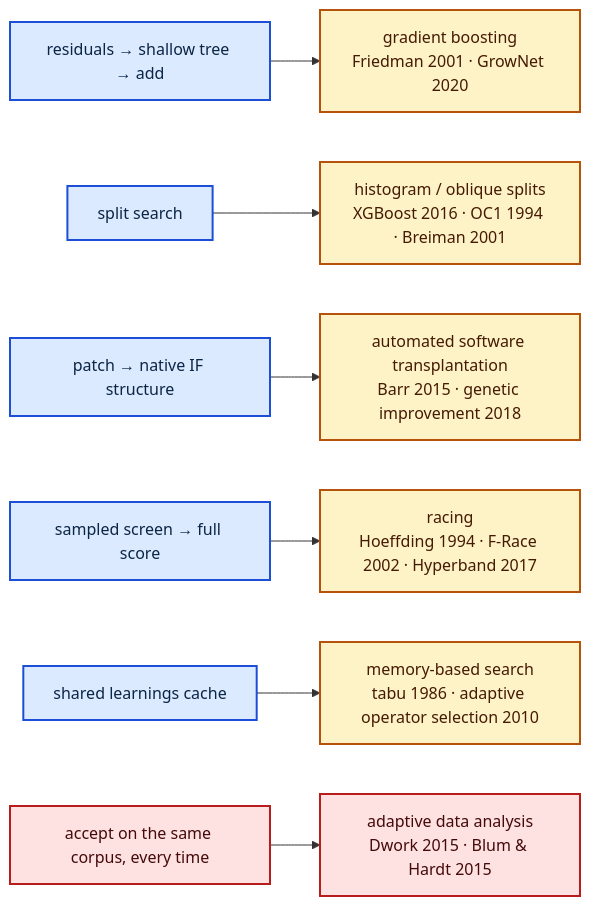
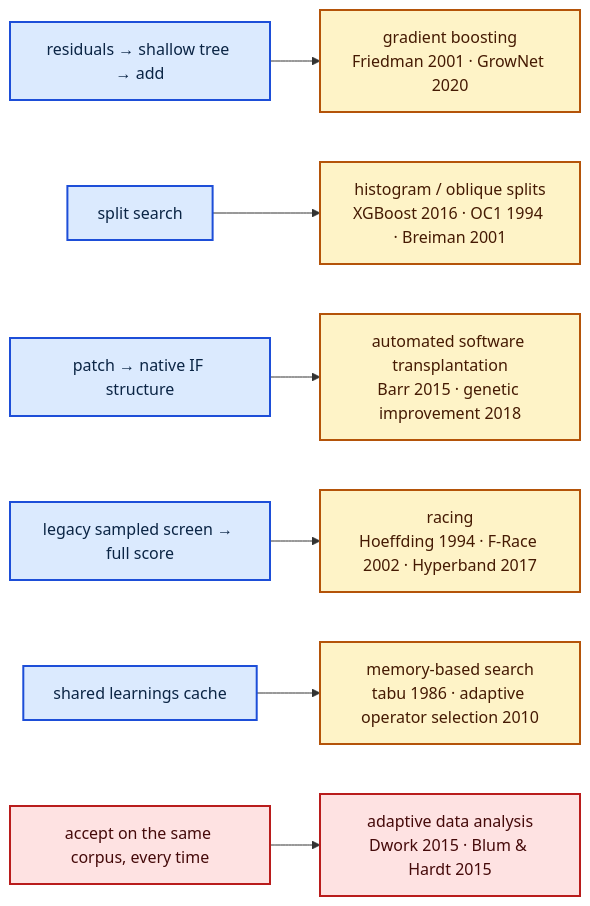
One commit to stSoftwareAU/NEAT-AI-Forests changed the fourth of 5 diagrams in README.md. Above: the diagram before and after it, drawn with Mermaid. The commit also changed other lines of this file and 24 other files, not shown here.

First line of the commit message:
Rank every graft candidate exactly on the full corpus with scorer delta mode, and retire the 5 % screen for them (Issue #136) (#150)

````diff
--- a/README.md
+++ b/README.md
@@ -626,16 +632,16 @@
 ```mermaid
 flowchart LR
     RES["residuals → shallow tree → add"] --> L1["gradient boosting<br/>Friedman 2001 · GrowNet 2020"]
     SPLIT["split search"] --> L2["histogram / oblique splits<br/>XGBoost 2016 · OC1 1994 · Breiman 2001"]
     GRAFT["patch → native IF structure"] --> L3["automated software transplantation<br/>Barr 2015 · genetic improvement 2018"]
-    SCREEN["sampled screen → full score"] --> L4["racing<br/>Hoeffding 1994 · F-Race 2002 · Hyperband 2017"]
+    SCREEN["legacy sampled screen → full score"] --> L4["racing<br/>Hoeffding 1994 · F-Race 2002 · Hyperband 2017"]
     CACHE["shared learnings cache"] --> L5["memory-based search<br/>tabu 1986 · adaptive operator selection 2010"]
     ACCEPT["accept on the same corpus, every time"] --> L6["adaptive data analysis<br/>Dwork 2015 · Blum &amp; Hardt 2015"]
 
     classDef ours fill:#dbeafe,stroke:#1d4ed8,stroke-width:2px,color:#0b2545
     classDef lit fill:#fef3c7,stroke:#b45309,stroke-width:2px,color:#451a03
     classDef risk fill:#fee2e2,stroke:#b91c1c,stroke-width:2px,color:#450a0a
     class RES,SPLIT,GRAFT,SCREEN,CACHE ours
     class L1,L2,L3,L4,L5 lit
     class ACCEPT,L6 risk
 ```
````
